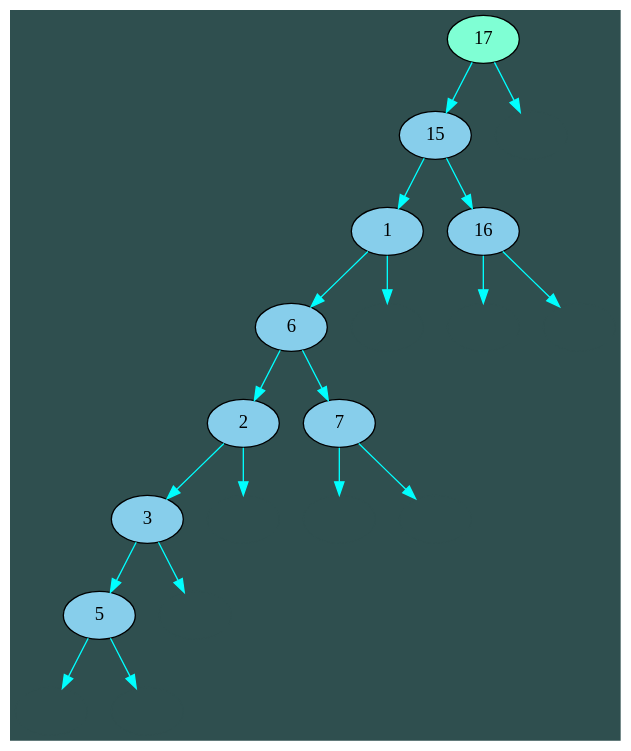
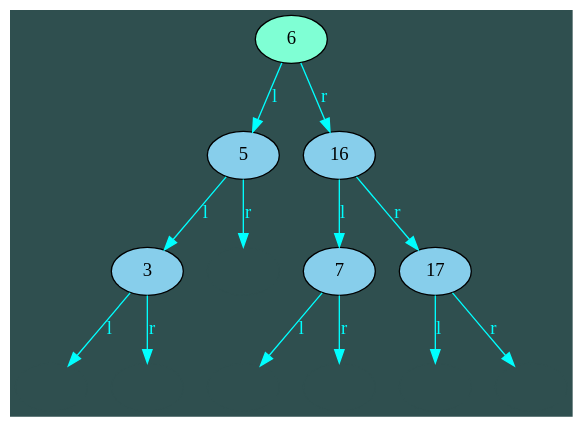
The diagram in tmp_cfg.dot (71frukt/Red-BlackTree), drawn with Graphviz before and after one commit. The commit also changed 2 other files, not shown here.

```diff
--- a/tmp_cfg.dot
+++ b/tmp_cfg.dot
@@ -1,41 +1,29 @@
 digraph G{                                           
    bgcolor = "darkslategray"
    edge [color = "aqua"]; 
-node_0x603000000130[  shape     = "ellipse", style     = filled, fillcolor = "skyblue", color     = "black", label     = "1"]
-node_0x6030000001c0[  shape     = "ellipse", style     = filled, fillcolor = "skyblue", color     = "black", label     = "2"]
-node_0x6030000001f0[  shape     = "ellipse", style     = filled, fillcolor = "skyblue", color     = "black", label     = "3"]
-node_0x603000000220[  shape     = "ellipse", style     = filled, fillcolor = "skyblue", color     = "black", label     = "5"]
-node_0x603000000160[  shape     = "ellipse", style     = filled, fillcolor = "skyblue", color     = "black", label     = "6"]
-node_0x603000000190[  shape     = "ellipse", style     = filled, fillcolor = "skyblue", color     = "black", label     = "7"]
-node_0x6030000000d0[  shape     = "ellipse", style     = filled, fillcolor = "skyblue", color     = "black", label     = "15"]
-node_0x603000000100[  shape     = "ellipse", style     = filled, fillcolor = "skyblue", color     = "black", label     = "16"]
-node_0x6030000000a0[  shape     = "ellipse", style     = filled, fillcolor = "aquamarine", color     = "black", label     = "17"]
-node_0x180c0000004c[  shape     = "ellipse", style     = filled, fillcolor = "darkslategray", color     = "darkslategray", label     = ""]
-node_0x603000000130->node_0x180c0000004c
-node_0x603000000130->node_0x603000000160
-node_0x180c00000070[  shape     = "ellipse", style     = filled, fillcolor = "darkslategray", color     = "darkslategray", label     = ""]
-node_0x6030000001c0->node_0x180c00000070
-node_0x6030000001c0->node_0x6030000001f0
-node_0x180c0000007c[  shape     = "ellipse", style     = filled, fillcolor = "darkslategray", color     = "darkslategray", label     = ""]
-node_0x6030000001f0->node_0x180c0000007c
-node_0x6030000001f0->node_0x603000000220
-node_0x180c00000088[  shape     = "ellipse", style     = filled, fillcolor = "darkslategray", color     = "darkslategray", label     = ""]
-node_0x603000000220->node_0x180c00000088
-node_0xc0600000044[  shape     = "ellipse", style     = filled, fillcolor = "darkslategray", color     = "darkslategray", label     = ""]
-node_0x603000000220->node_0xc0600000044
-node_0x603000000160->node_0x6030000001c0
-node_0x603000000160->node_0x603000000190
-node_0x180c00000064[  shape     = "ellipse", style     = filled, fillcolor = "darkslategray", color     = "darkslategray", label     = ""]
-node_0x603000000190->node_0x180c00000064
-node_0xc0600000032[  shape     = "ellipse", style     = filled, fillcolor = "darkslategray", color     = "darkslategray", label     = ""]
-node_0x603000000190->node_0xc0600000032
-node_0x6030000000d0->node_0x603000000130
-node_0x6030000000d0->node_0x603000000100
-node_0x180c00000040[  shape     = "ellipse", style     = filled, fillcolor = "darkslategray", color     = "darkslategray", label     = ""]
-node_0x603000000100->node_0x180c00000040
-node_0xc0600000020[  shape     = "ellipse", style     = filled, fillcolor = "darkslategray", color     = "darkslategray", label     = ""]
-node_0x603000000100->node_0xc0600000020
-node_0x6030000000a0->node_0x6030000000d0
-node_0xc0600000014[  shape     = "ellipse", style     = filled, fillcolor = "darkslategray", color     = "darkslategray", label     = ""]
-node_0x6030000000a0->node_0xc0600000014
+node_0x603000000220[  shape     = "ellipse", style     = filled, fillcolor = "skyblue", color     = "black", fontcolor = "black", label     = "3"]
+node_0x6030000001c0[  shape     = "ellipse", style     = filled, fillcolor = "skyblue", color     = "black", fontcolor = "black", label     = "5"]
+node_0x6030000000d0[  shape     = "ellipse", style     = filled, fillcolor = "aquamarine", color     = "black", fontcolor = "black", label     = "6"]
+node_0x603000000130[  shape     = "ellipse", style     = filled, fillcolor = "skyblue", color     = "black", fontcolor = "black", label     = "7"]
+node_0x6030000001f0[  shape     = "ellipse", style     = filled, fillcolor = "skyblue", color     = "black", fontcolor = "black", label     = "16"]
+node_0x603000000160[  shape     = "ellipse", style     = filled, fillcolor = "skyblue", color     = "black", fontcolor = "black", label     = "17"]
+node_0x180c00000088[  shape     = "ellipse", style     = filled, fillcolor = "darkslategray", color     = "darkslategray", fontcolor = "black", label     = ""]
+node_0x603000000220->node_0x180c00000088 [label="l", color="aqua", fontcolor="aqua"]
+node_0xc0600000044[  shape     = "ellipse", style     = filled, fillcolor = "darkslategray", color     = "darkslategray", fontcolor = "black", label     = ""]
+node_0x603000000220->node_0xc0600000044 [label="r", color="aqua", fontcolor="aqua"]
+node_0x6030000001c0->node_0x603000000220 [label="l", color="aqua", fontcolor="aqua"]
+node_0xc0600000038[  shape     = "ellipse", style     = filled, fillcolor = "darkslategray", color     = "darkslategray", fontcolor = "black", label     = ""]
+node_0x6030000001c0->node_0xc0600000038 [label="r", color="aqua", fontcolor="aqua"]
+node_0x6030000000d0->node_0x6030000001c0 [label="l", color="aqua", fontcolor="aqua"]
+node_0x6030000000d0->node_0x6030000001f0 [label="r", color="aqua", fontcolor="aqua"]
+node_0x180c0000004c[  shape     = "ellipse", style     = filled, fillcolor = "darkslategray", color     = "darkslategray", fontcolor = "black", label     = ""]
+node_0x603000000130->node_0x180c0000004c [label="l", color="aqua", fontcolor="aqua"]
+node_0xc0600000026[  shape     = "ellipse", style     = filled, fillcolor = "darkslategray", color     = "darkslategray", fontcolor = "black", label     = ""]
+node_0x603000000130->node_0xc0600000026 [label="r", color="aqua", fontcolor="aqua"]
+node_0x6030000001f0->node_0x603000000130 [label="l", color="aqua", fontcolor="aqua"]
+node_0x6030000001f0->node_0x603000000160 [label="r", color="aqua", fontcolor="aqua"]
+node_0x180c00000058[  shape     = "ellipse", style     = filled, fillcolor = "darkslategray", color     = "darkslategray", fontcolor = "black", label     = ""]
+node_0x603000000160->node_0x180c00000058 [label="l", color="aqua", fontcolor="aqua"]
+node_0xc060000002c[  shape     = "ellipse", style     = filled, fillcolor = "darkslategray", color     = "darkslategray", fontcolor = "black", label     = ""]
+node_0x603000000160->node_0xc060000002c [label="r", color="aqua", fontcolor="aqua"]
 }
```
